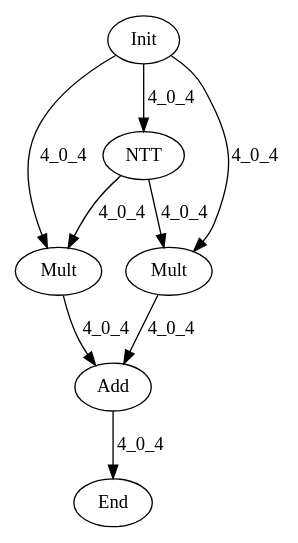
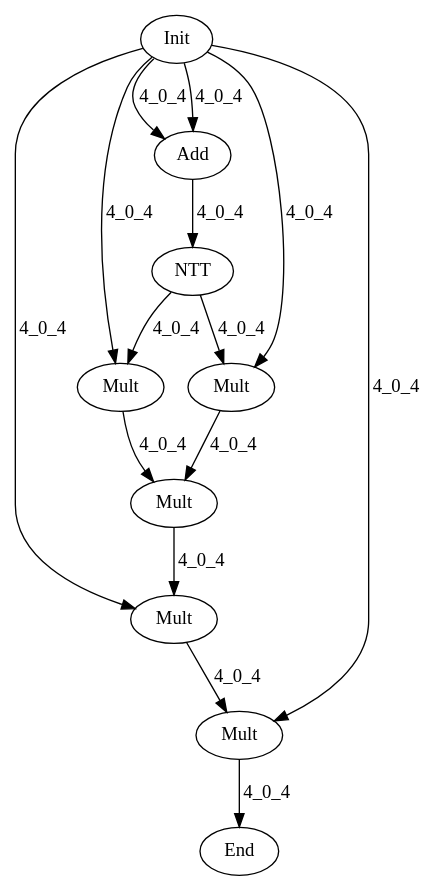
One commit to hal-lab-u-tokyo/PolyFHE changed the diagram in data/graph_poly.dot. Above: the diagram before and after it, drawn with Graphviz. The commit also changed 7 other files, not shown here.

```diff
--- a/data/graph_poly.dot
+++ b/data/graph_poly.dot
@@ -1,16 +1,25 @@
 digraph G {
 Init[label="Init"];
 End[label="End"];
+Add0[label="Add"];
 NTT[label="NTT"];
 Mult0[label="Mult"];
 Mult1[label="Mult"];
-Add[label="Add"];
-Init -> NTT[label="4_0_4"];
+Mult2[label="Mult"];
+Mult3[label="Mult"];
+Mult4[label="Mult"];
+Init -> Add0[label="4_0_4"];
+Init -> Add0[label="4_0_4"];
 Init -> Mult0[label="4_0_4"];
 Init -> Mult1[label="4_0_4"];
+Add0 -> NTT[label="4_0_4"];
 NTT -> Mult0[label="4_0_4"];
 NTT -> Mult1[label="4_0_4"];
-Mult0 -> Add[label="4_0_4"];
-Mult1 -> Add[label="4_0_4"];
-Add -> End[label="4_0_4"];
+Mult0 -> Mult2[label="4_0_4"];
+Mult1 -> Mult2[label="4_0_4"];
+Mult2 -> Mult3[label="4_0_4"];
+Mult3 -> Mult4[label="4_0_4"];
+Init -> Mult3[label="4_0_4"];
+Init -> Mult4[label="4_0_4"];
+Mult4 -> End[label="4_0_4"];
 }
```
